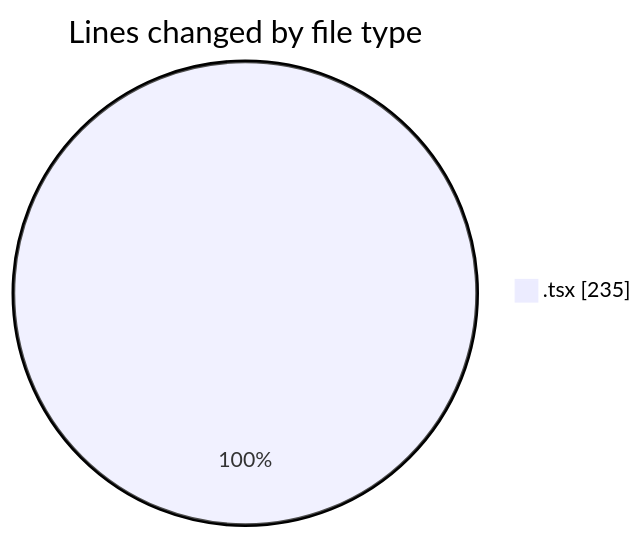
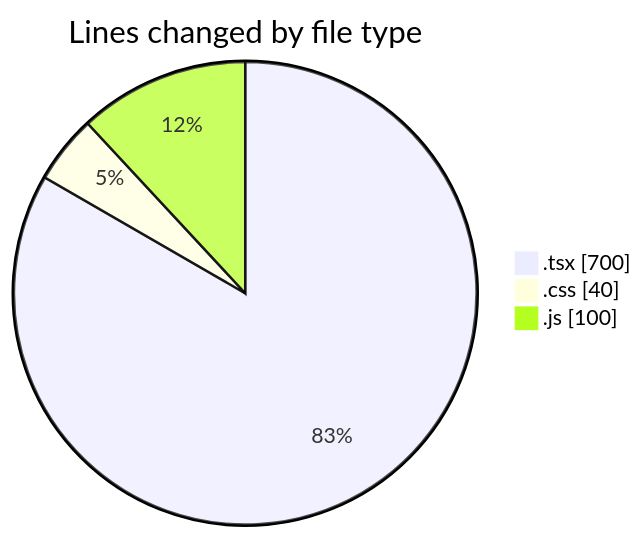
Before and after one commit to robertbonfada/code-tracking: the first of 2 diagrams in 2025-01-17/mbc-web/README.md, drawn with Mermaid. The commit also changed other lines of this file and 1 other file, not shown here.

````diff
--- a/2025-01-17/mbc-web/README.md
+++ b/2025-01-17/mbc-web/README.md
@@ -24,5 +29,7 @@
 ```mermaid
 pie showData
 title Lines changed by file type
-".tsx" : 235
+".tsx" : 700
+".css" : 40
+".js" : 100
 ```
````
